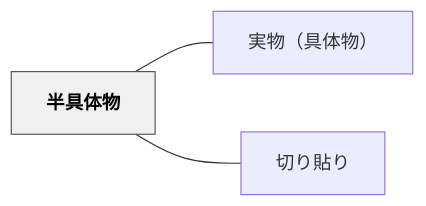
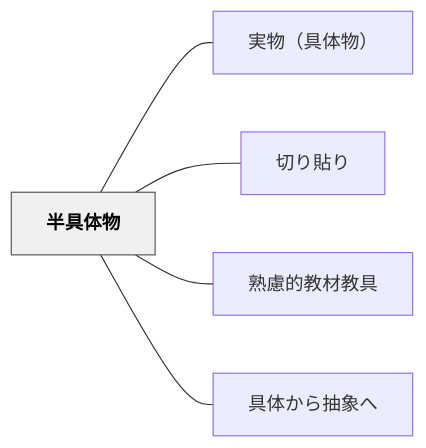
The diagram in content/パタン/半具体物.md (unknownthings-ed-patterns/unknownthings-ed-patterns), drawn with Mermaid before and after one commit. The commit also changed other lines of this file and 47 other files, not shown here.

````diff
--- a/content/パタン/半具体物.md
+++ b/content/パタン/半具体物.md
@@ -53,12 +51,16 @@
 ```mermaid
 flowchart LR
     ne58d8ae585b7["半具体物"]
     ne5ae9fe789a9["実物（具体物）"]
     ne58887e3828a["切り貼り"]
+    ne7869fe685ae["熟慮的教材教具"]
+    ne585b7e4bd93["具体から抽象へ"]
 
     ne58d8ae585b7 --- ne5ae9fe789a9
     ne58d8ae585b7 --- ne58887e3828a
+    ne58d8ae585b7 --- ne7869fe685ae
+    ne58d8ae585b7 --- ne585b7e4bd93
 
     classDef hub fill:#f0f0f0,stroke:#555,color:#000,font-weight:bold
     class ne58d8ae585b7 hub
 ```
````
